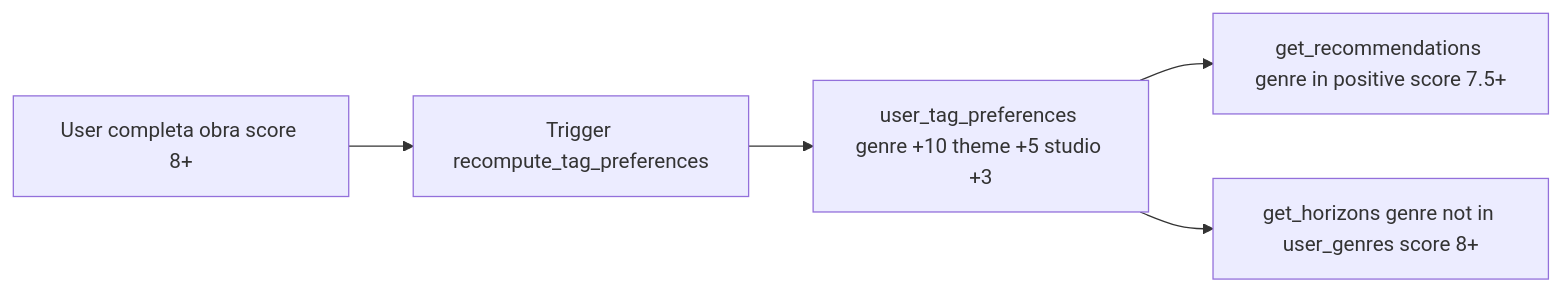
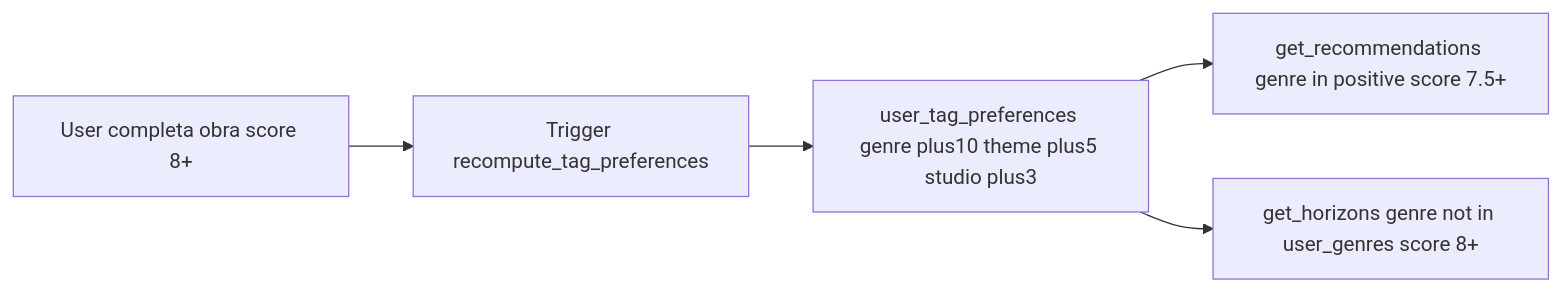
Before and after one commit to MikuBR/Hubble: the diagram in README.md, drawn with Mermaid.

Commit message:
fix: Mermaid diagram replace + with plus

````diff
--- a/README.md
+++ b/README.md
@@ -145,7 +145,7 @@
 ```mermaid
 graph LR
     A[User completa obra score 8+] --> B[Trigger recompute_tag_preferences]
-    B --> C[user_tag_preferences genre +10 theme +5 studio +3]
+    B --> C[user_tag_preferences genre plus10 theme plus5 studio plus3]
     C --> D[get_recommendations genre in positive score 7.5+]
     C --> E[get_horizons genre not in user_genres score 8+]
 ```
````
